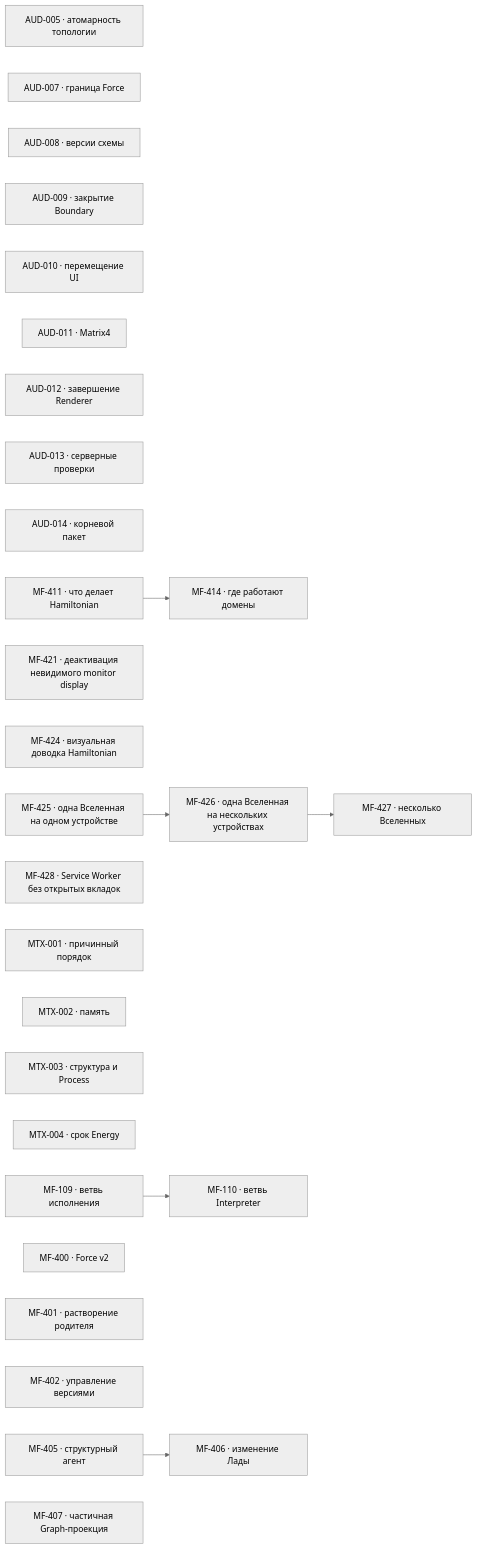
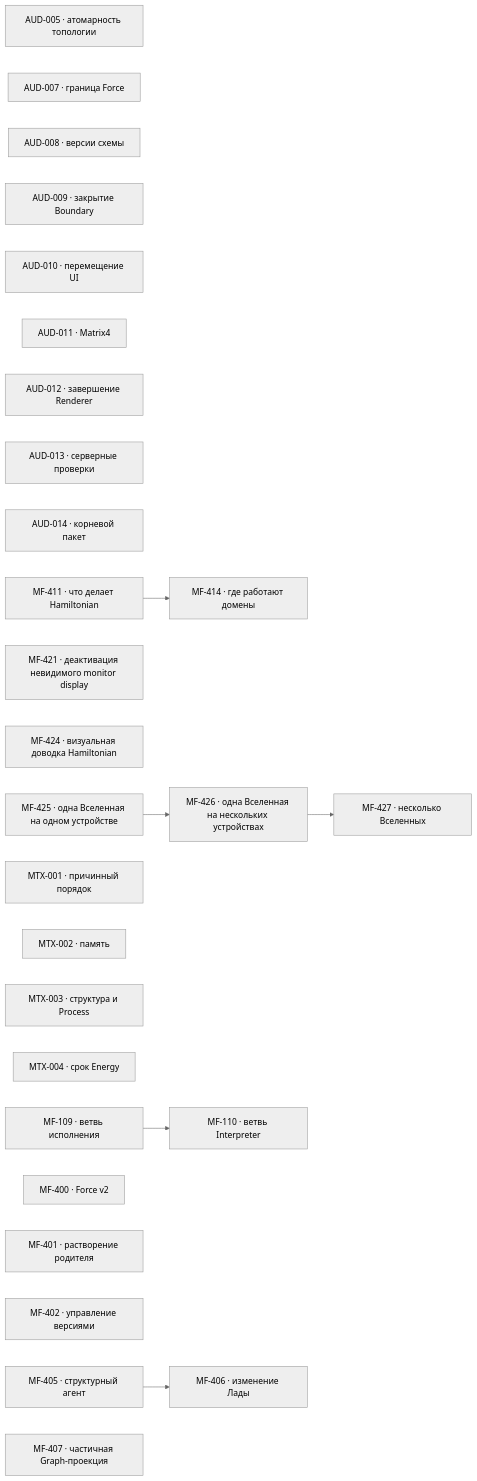
One commit to zavx0z/metafor changed the diagram in project/TODO.md. Above: the diagram before and after it, drawn with Mermaid (neutral theme). The commit also changed other lines of this file and 16 other files, not shown here.

````diff
--- a/project/TODO.md
+++ b/project/TODO.md
@@ -13,37 +13,36 @@
 ```mermaid
 flowchart LR
     AUD005["AUD-005 · атомарность топологии"]
     AUD007["AUD-007 · граница Force"]
     AUD008["AUD-008 · версии схемы"]
     AUD009["AUD-009 · закрытие Boundary"]
     AUD010["AUD-010 · перемещение UI"]
     AUD011["AUD-011 · Matrix4"]
     AUD012["AUD-012 · завершение Renderer"]
     AUD013["AUD-013 · серверные проверки"]
     AUD014["AUD-014 · корневой пакет"]
     MF411["MF-411 · что делает Hamiltonian"]
     MF414["MF-414 · где работают домены"]
     MF421["MF-421 · деактивация невидимого monitor display"]
     MF424["MF-424 · визуальная доводка Hamiltonian"]
     MF425["MF-425 · одна Вселенная на одном устройстве"]
     MF426["MF-426 · одна Вселенная на нескольких устройствах"]
     MF427["MF-427 · несколько Вселенных"]
-    MF428["MF-428 · Service Worker без открытых вкладок"]
     MTX001["MTX-001 · причинный порядок"]
     MTX002["MTX-002 · память"]
     MTX003["MTX-003 · структура и Process"]
     MTX004["MTX-004 · срок Energy"]
     MF109["MF-109 · ветвь исполнения"]
     MF110["MF-110 · ветвь Interpreter"]
     MF400["MF-400 · Force v2"]
     MF401["MF-401 · растворение родителя"]
     MF402["MF-402 · управление версиями"]
     MF405["MF-405 · структурный агент"]
     MF406["MF-406 · изменение Лады"]
     MF407["MF-407 · частичная Graph-проекция"]
     MF109 --> MF110
     MF405 --> MF406
     MF411 --> MF414
     MF425 --> MF426
     MF426 --> MF427
 ```
````
